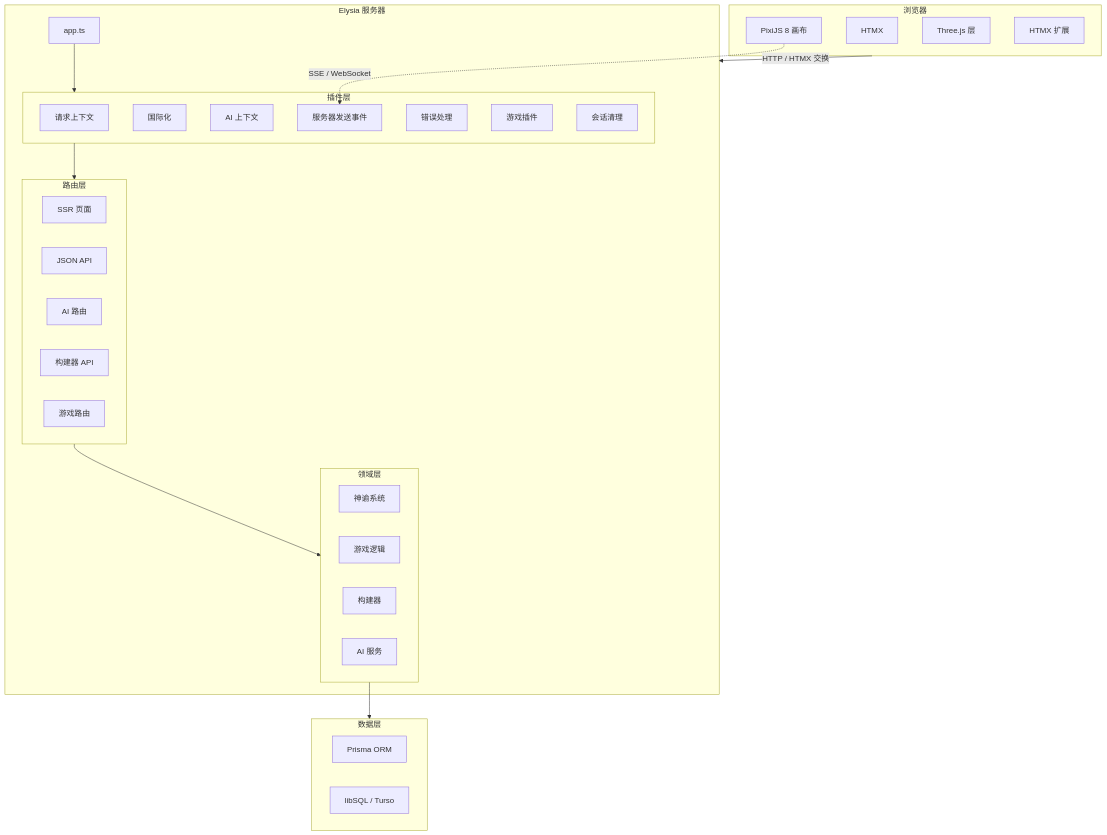
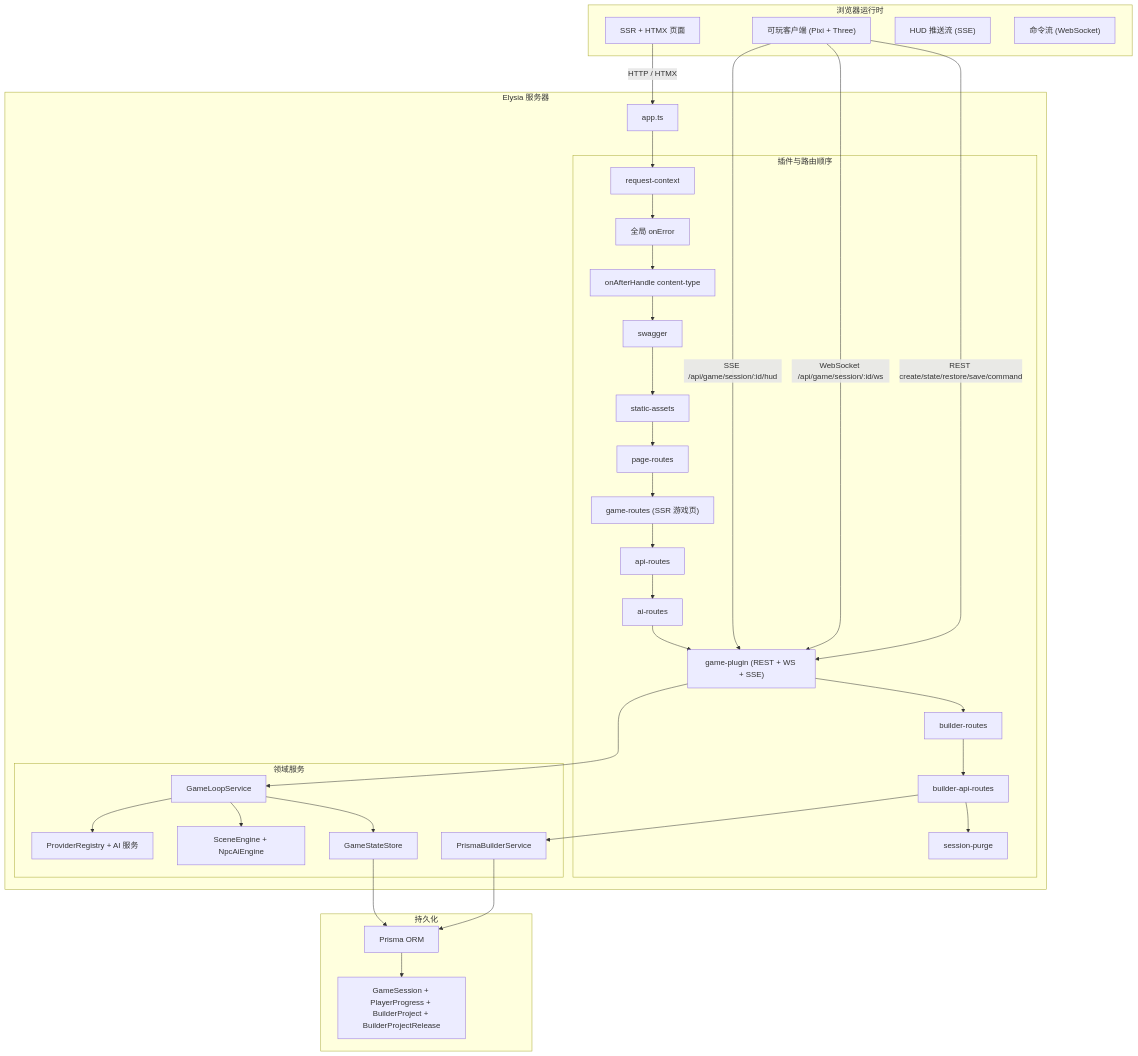
The seventh of 12 diagrams in README.md (d4551/tea), drawn with Mermaid before and after one commit. The commit also changed other lines of this file and 35 other files, not shown here.

Commit message:
refactor game runtime contracts, builder persistence, and docs

````diff
--- a/README.md
+++ b/README.md
@@ -393,47 +520,52 @@
 ```mermaid
 graph TB
-  subgraph Browser["浏览器"]
-    HTMX["HTMX"]
-    PIXI["PixiJS 8 画布"]
-    THREE["Three.js 层"]
-    EXT["HTMX 扩展"]
+  subgraph Browser["浏览器运行时"]
+    SSR["SSR + HTMX 页面"]
+    CLIENT["可玩客户端 (Pixi + Three)"]
+    SSEHUD["HUD 推送流 (SSE)"]
+    WS["命令流 (WebSocket)"]
   end
 
   subgraph Elysia["Elysia 服务器"]
     APP["app.ts"]
 
-    subgraph Plugins["插件层"]
-      RC["请求上下文"]
-      I18N["国际化"]
-      AIC["AI 上下文"]
-      SSE["服务器发送事件"]
-      ERR["错误处理"]
-      GP["游戏插件"]
-      SP["会话清理"]
+    subgraph PluginOrder["插件与路由顺序"]
+      RC["request-context"]
+      EH["全局 onError"]
+      CT["onAfterHandle content-type"]
+      SW["swagger"]
+      SA["static-assets"]
+      PR["page-routes"]
+      GR["game-routes (SSR 游戏页)"]
+      AR["api-routes"]
+      AIR["ai-routes"]
+      GP["game-plugin (REST + WS + SSE)"]
+      BR["builder-routes"]
+      BA["builder-api-routes"]
+      SP["session-purge"]
     end
 
-    subgraph Routes["路由层"]
-      PAGE["SSR 页面"]
-      API["JSON API"]
-      AIR["AI 路由"]
-      BLD["构建器 API"]
-      GMR["游戏路由"]
-    end
-
-    subgraph Domain["领域层"]
-      ORC["神谕系统"]
-      GML["游戏逻辑"]
-      BDS["构建器"]
-      AIS["AI 服务"]
+    subgraph Domain["领域服务"]
+      LOOP["GameLoopService"]
+      STORE["GameStateStore"]
+      SCENE["SceneEngine + NpcAiEngine"]
+      BUILDER["PrismaBuilderService"]
+      AI["ProviderRegistry + AI 服务"]
     end
   end
 
-  subgraph Storage["数据层"]
+  subgraph Storage["持久化"]
     PRI["Prisma ORM"]
-    SQL["libSQL / Turso"]
+    DB["GameSession + PlayerProgress + BuilderProject + BuilderProjectRelease"]
   end
 
-  Browser -->|"HTTP / HTMX 交换"| Elysia
-  APP --> Plugins --> Routes --> Domain --> Storage
-  PIXI -.->|"SSE / WebSocket"| SSE
+  SSR -->|"HTTP / HTMX"| APP
+  CLIENT -->|"REST create/state/restore/save/command"| GP
+  CLIENT -->|"WebSocket /api/game/session/:id/ws"| GP
+  CLIENT -->|"SSE /api/game/session/:id/hud"| GP
+  APP --> RC --> EH --> CT --> SW --> SA --> PR --> GR --> AR --> AIR --> GP --> BR --> BA --> SP
+  GP --> LOOP --> STORE --> PRI --> DB
+  LOOP --> SCENE
+  LOOP --> AI
+  BA --> BUILDER --> PRI
 ```
````
